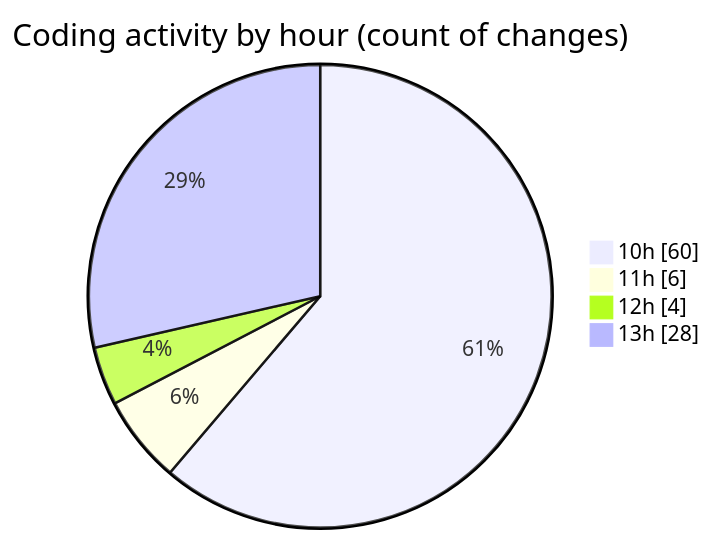
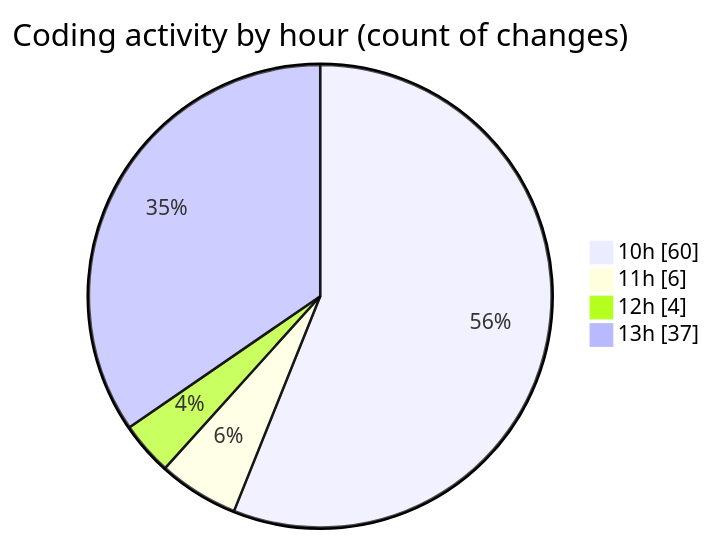
The second of 2 diagrams in 2026-06-18/cda/README.md (momahboobian/code-tracking), drawn with Mermaid before and after one commit. The commit also changed other lines of this file and 1 other file, not shown here.

````diff
--- a/2026-06-18/cda/README.md
+++ b/2026-06-18/cda/README.md
@@ -67,8 +71,8 @@
 ```mermaid
 pie showData
 title Coding activity by hour (count of changes)
 "10h" : 60
 "11h" : 6
 "12h" : 4
-"13h" : 28
+"13h" : 37
 ```
````
